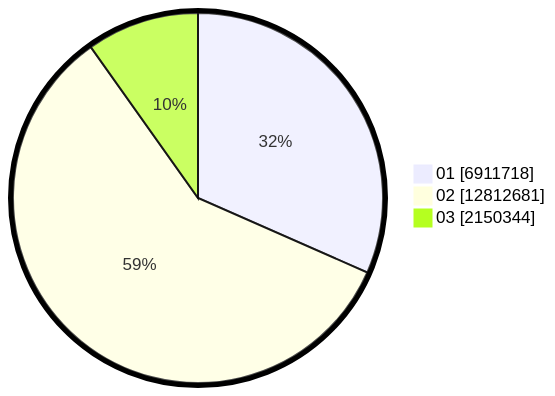
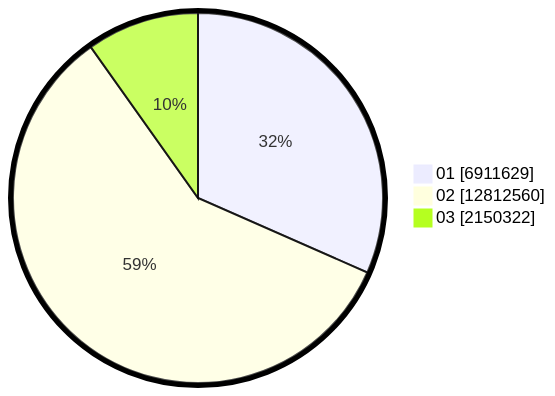
One commit to gigit-pemilu/pemilu-2024 changed the second of 2 diagrams in pilpres/hitung-suara/sub/table-wilayah-32.md. Above: the diagram before and after it, drawn with Mermaid. The commit also changed other lines of this file and 4 other files, not shown here.

````diff
--- a/pilpres/hitung-suara/sub/table-wilayah-32.md
+++ b/pilpres/hitung-suara/sub/table-wilayah-32.md
@@ -15,7 +15,7 @@
 ```mermaid
 %%{init: {"pie": {"textPosition": 0.5}, "themeVariables": {"pieOuterStrokeWidth": "5px"}} }%%
 pie showData
-    "01" : 6911718
-    "02" : 12812681
-    "03" : 2150344
+    "01" : 6911629
+    "02" : 12812560
+    "03" : 2150322
 ```
````
